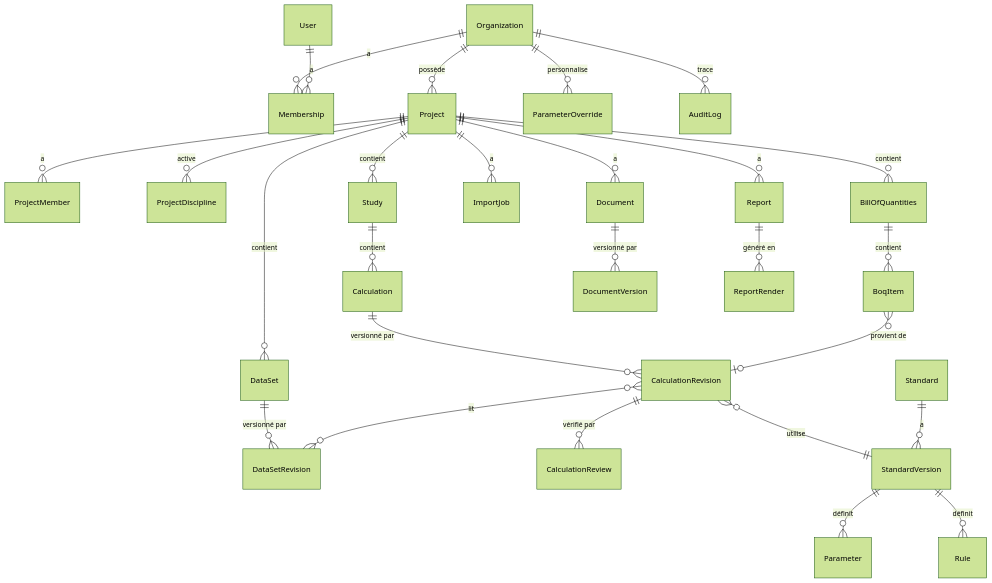
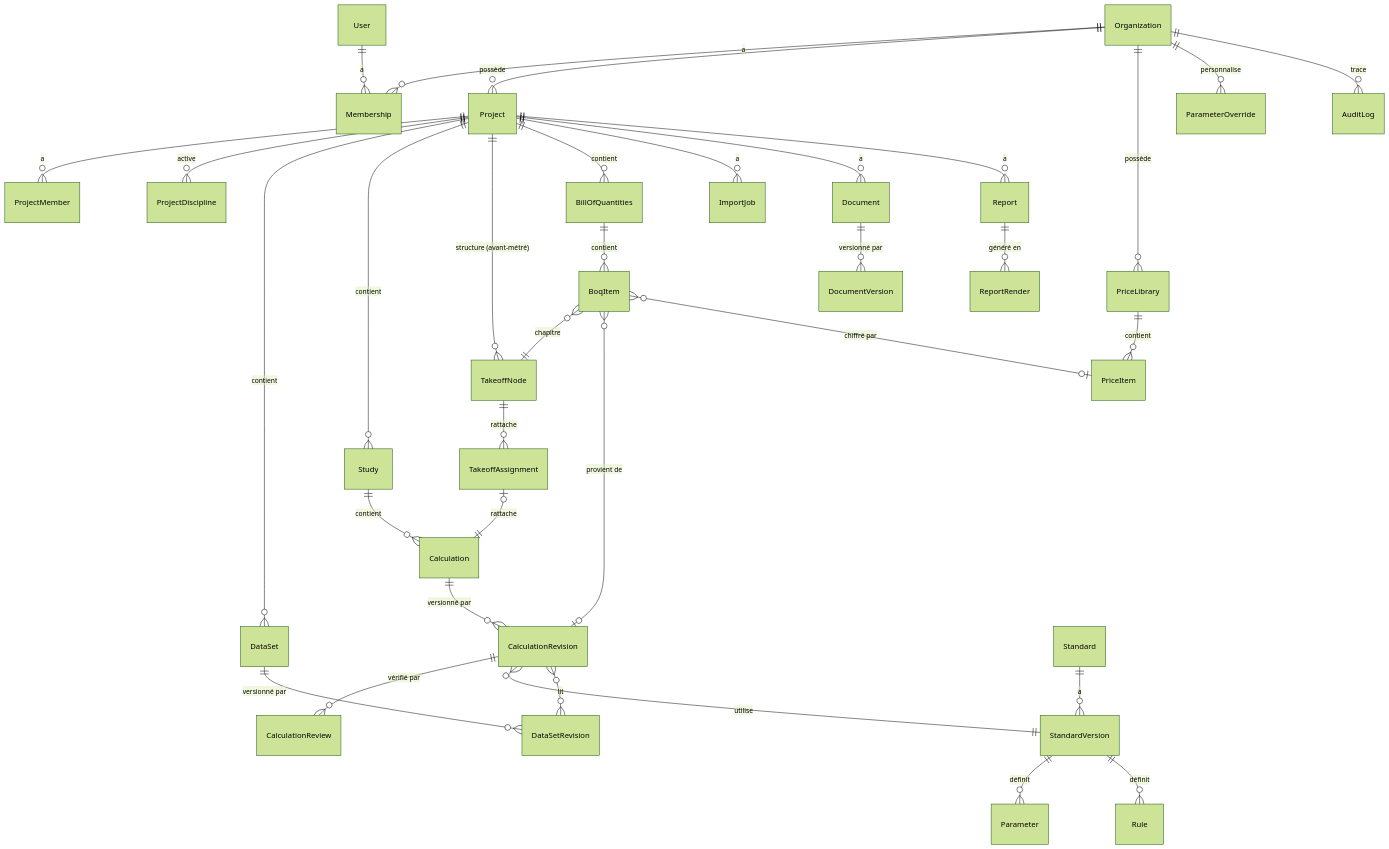
One commit to awaafendii/ConsulPro changed the diagram in docs/architecture/02-modele-de-donnees.md. Above: the diagram before and after it, drawn with Mermaid (forest theme). The commit also changed other lines of this file and 134 other files, not shown here.

````diff
--- a/docs/architecture/02-modele-de-donnees.md
+++ b/docs/architecture/02-modele-de-donnees.md
@@ -29,29 +29,36 @@
 ```mermaid
 erDiagram
   Organization ||--o{ Membership : "a"
   User ||--o{ Membership : "a"
   Organization ||--o{ Project : "possède"
   Project ||--o{ ProjectMember : "a"
   Project ||--o{ ProjectDiscipline : "active"
   Project ||--o{ DataSet : "contient"
   DataSet ||--o{ DataSetRevision : "versionné par"
   Project ||--o{ Study : "contient"
   Study ||--o{ Calculation : "contient"
   Calculation ||--o{ CalculationRevision : "versionné par"
   CalculationRevision ||--o{ CalculationReview : "vérifié par"
   CalculationRevision }o--|| StandardVersion : "utilise"
   CalculationRevision }o--o{ DataSetRevision : "lit"
+  Project ||--o{ TakeoffNode : "structure (avant-métré)"
+  TakeoffNode ||--o{ TakeoffAssignment : "rattache"
+  TakeoffAssignment |o--|| Calculation : "rattache"
   Project ||--o{ BillOfQuantities : "contient"
   BillOfQuantities ||--o{ BoqItem : "contient"
+  BoqItem }o--|| TakeoffNode : "chapitre"
   BoqItem }o--o| CalculationRevision : "provient de"
+  Organization ||--o{ PriceLibrary : "possède"
+  PriceLibrary ||--o{ PriceItem : "contient"
+  BoqItem }o--o| PriceItem : "chiffré par"
   Standard ||--o{ StandardVersion : "a"
   StandardVersion ||--o{ Parameter : "définit"
   StandardVersion ||--o{ Rule : "définit"
   Organization ||--o{ ParameterOverride : "personnalise"
   Project ||--o{ ImportJob : "a"
   Project ||--o{ Document : "a"
   Document ||--o{ DocumentVersion : "versionné par"
   Project ||--o{ Report : "a"
   Report ||--o{ ReportRender : "généré en"
   Organization ||--o{ AuditLog : "trace"
 ```
````
